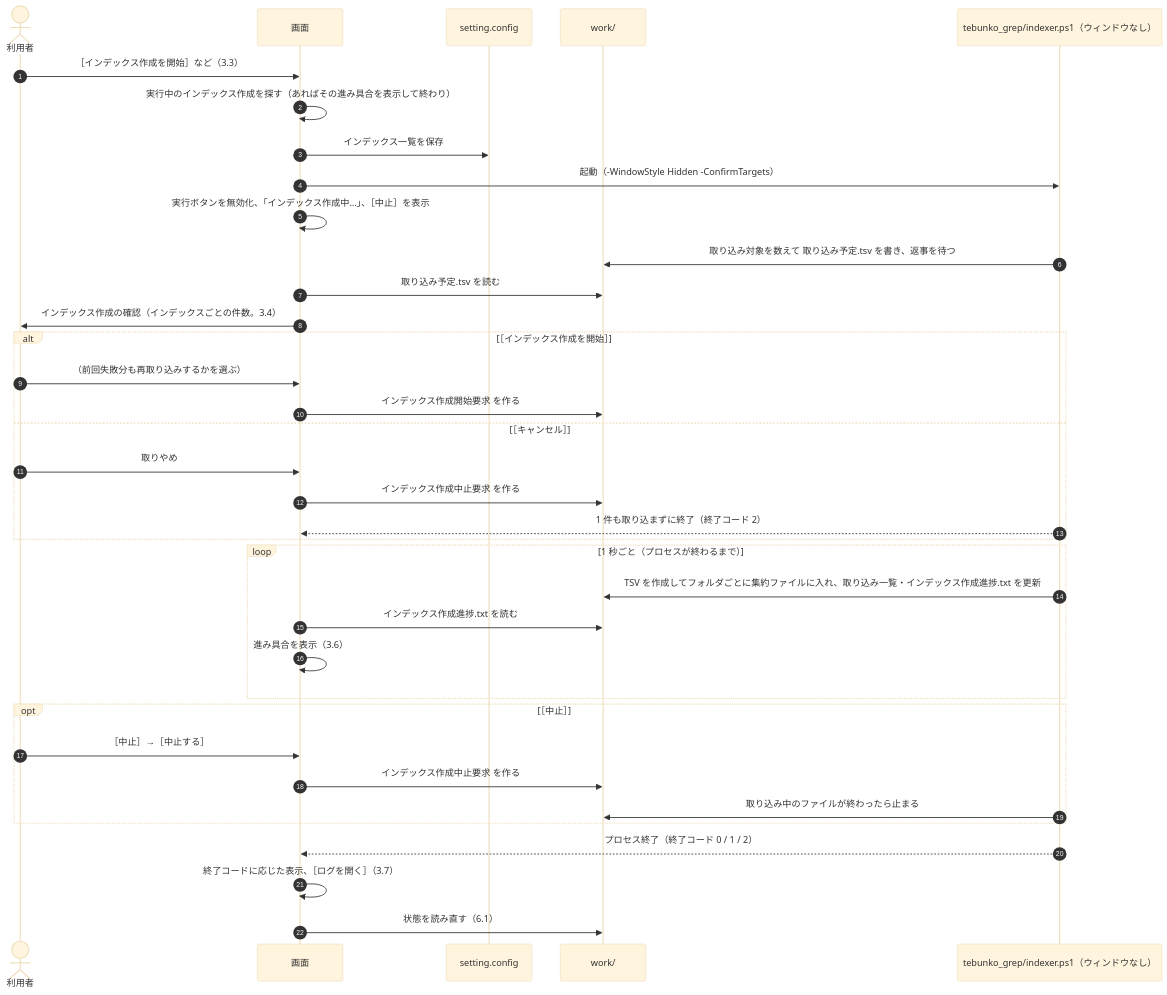
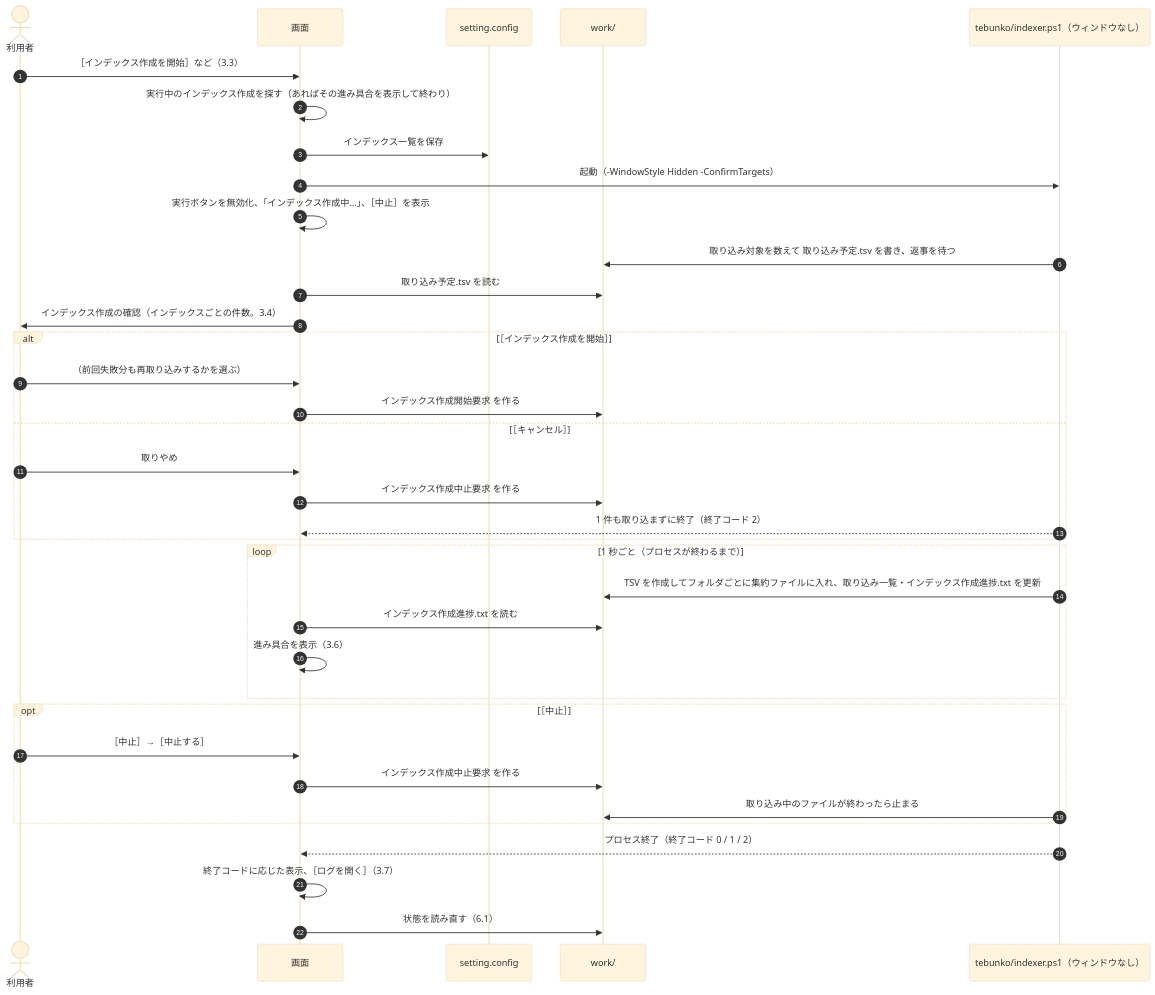
One commit to hsgwa/tebunko changed the third of 4 diagrams in docs/03_画面_4_状態と操作の流れ.md. Above: the diagram before and after it, drawn with Mermaid (base theme). The commit also changed other lines of this file and 169 other files, not shown here.

````diff
--- a/docs/03_画面_4_状態と操作の流れ.md
+++ b/docs/03_画面_4_状態と操作の流れ.md
@@ -82,39 +82,39 @@
 ```mermaid
 sequenceDiagram
     autonumber
     actor U as 利用者
     participant G as 画面
     participant C as setting.config
     participant W as work/
-    participant P as tebunko_grep/indexer.ps1（ウィンドウなし）
+    participant P as tebunko/indexer.ps1（ウィンドウなし）
 
     U->>G: ［インデックス作成を開始］など（3.3）
     G->>G: 実行中のインデックス作成を探す（あればその進み具合を表示して終わり）
     G->>C: インデックス一覧を保存
     G->>P: 起動（-WindowStyle Hidden -ConfirmTargets）
     G->>G: 実行ボタンを無効化、「インデックス作成中…」、［中止］を表示
     P->>W: 取り込み対象を数えて 取り込み予定.tsv を書き、返事を待つ
     G->>W: 取り込み予定.tsv を読む
     G->>U: インデックス作成の確認（インデックスごとの件数。3.4）
     alt ［インデックス作成を開始］
         U->>G: （前回失敗分も再取り込みするかを選ぶ）
         G->>W: インデックス作成開始要求 を作る
     else ［キャンセル］
         U->>G: 取りやめ
         G->>W: インデックス作成中止要求 を作る
         P-->>G: 1 件も取り込まずに終了（終了コード 2）
     end
     loop 1 秒ごと（プロセスが終わるまで）
         P->>W: TSV を作成してフォルダごとに集約ファイルに入れ、取り込み一覧・インデックス作成進捗.txt を更新
         G->>W: インデックス作成進捗.txt を読む
         G->>G: 進み具合を表示（3.6）
     end
     opt ［中止］
         U->>G: ［中止］→［中止する］
         G->>W: インデックス作成中止要求 を作る
         P->>W: 取り込み中のファイルが終わったら止まる
     end
     P-->>G: プロセス終了（終了コード 0 / 1 / 2）
     G->>G: 終了コードに応じた表示、［ログを開く］（3.7）
     G->>W: 状態を読み直す（6.1）
 ```
````
